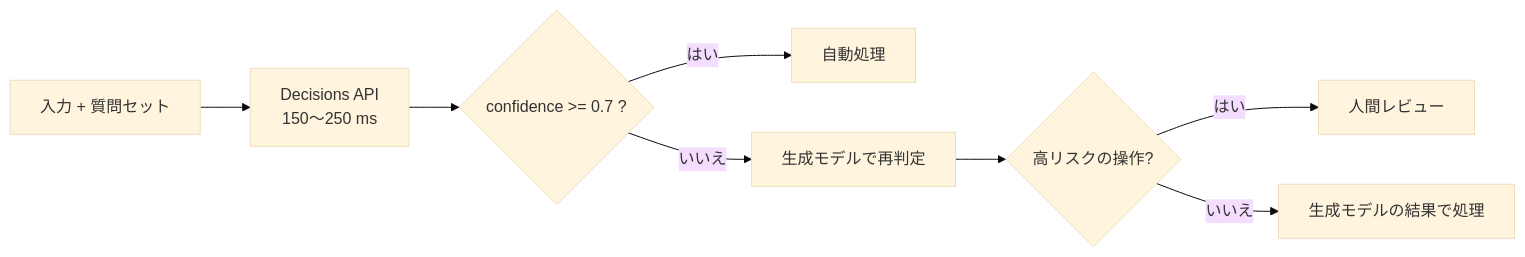
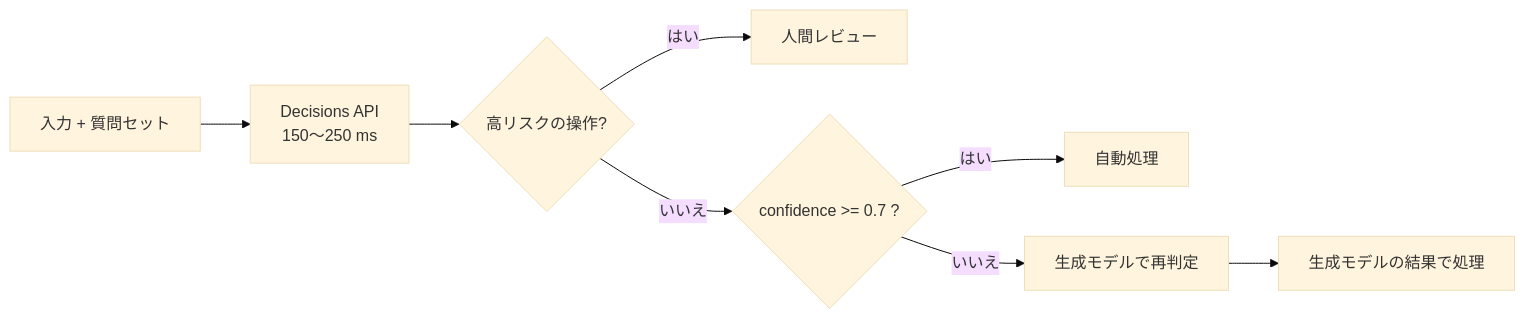
One commit to myoshi2891/Comparison-of-LLMs changed the second of 5 diagrams in Gemini-decisions-api-guide.md. Above: the diagram before and after it, drawn with Mermaid (base theme). The commit also changed other lines of this file and 2 other files, not shown here.

Commit message:
docs(google): improve human-in-the-loop approval, input validation, and truncation handling across Carbon, Hydrogen, and Decisions guides

````diff
--- a/Gemini-decisions-api-guide.md
+++ b/Gemini-decisions-api-guide.md
@@ -238,10 +238,10 @@
 ```mermaid
 flowchart LR
     IN["入力 + 質問セット"] --> API["Decisions API<br/>150〜250 ms"]
-    API --> G{"confidence >= 0.7 ?"}
+    API --> RISK{"高リスクの操作?"}
+    RISK -->|"はい"| HUMAN["人間レビュー"]
+    RISK -->|"いいえ"| G{"confidence >= 0.7 ?"}
     G -->|"はい"| AUTO["自動処理"]
     G -->|"いいえ"| ESC["生成モデルで再判定"]
-    ESC --> G2{"高リスクの操作?"}
-    G2 -->|"はい"| HUMAN["人間レビュー"]
-    G2 -->|"いいえ"| AUTO2["生成モデルの結果で処理"]
+    ESC --> AUTO2["生成モデルの結果で処理"]
 ```
````
